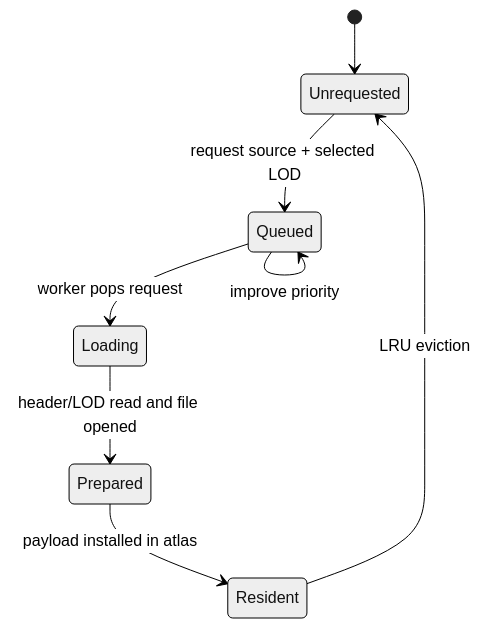
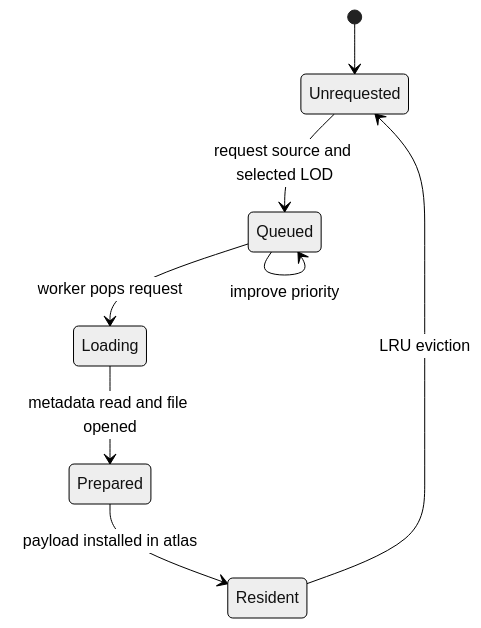
The third of 3 diagrams in src/README.md (OaHolroyd/panorama), drawn with Mermaid (neutral theme) before and after one commit. The commit also changed other lines of this file and 2 other files, not shown here.

````diff
--- a/src/README.md
+++ b/src/README.md
@@ -219,10 +194,10 @@
 ```mermaid
 stateDiagram-v2
     [*] --> Unrequested
-    Unrequested --> Queued: request source + selected LOD
+    Unrequested --> Queued: request source and selected LOD
     Queued --> Queued: improve priority
     Queued --> Loading: worker pops request
-    Loading --> Prepared: header/LOD read and file opened
+    Loading --> Prepared: metadata read and file opened
     Prepared --> Resident: payload installed in atlas
     Resident --> Unrequested: LRU eviction
 ```
````
